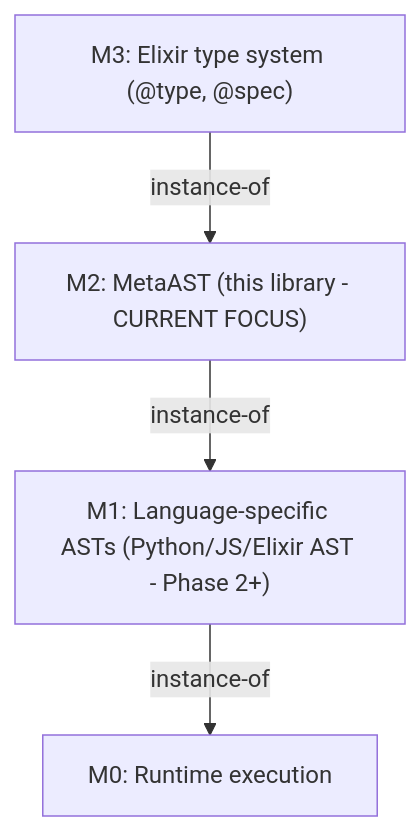
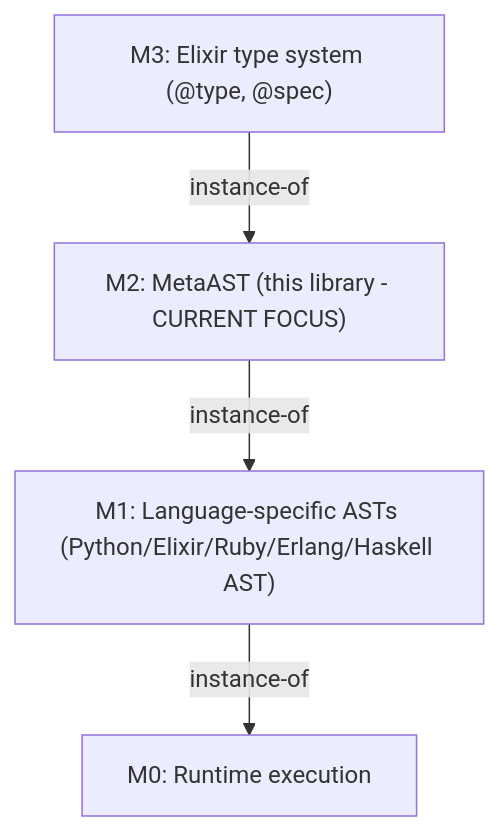
One commit to Oeditus/metastatic changed the diagram in WARP.md. Above: the diagram before and after it, drawn with Mermaid. The commit also changed other lines of this file and 12 other files, not shown here.

````diff
--- a/WARP.md
+++ b/WARP.md
@@ -64,11 +69,11 @@
 ```mermaid
 flowchart TD
     M3["M3: Elixir type system (@type, @spec)"]
     M2["M2: MetaAST (this library - CURRENT FOCUS)"]
-    M1["M1: Language-specific ASTs (Python/JS/Elixir AST - Phase 2+)"]
+    M1["M1: Language-specific ASTs (Python/Elixir/Ruby/Erlang/Haskell AST)"]
     M0["M0: Runtime execution"]
     
     M3 -->|instance-of| M2
     M2 -->|instance-of| M1
     M1 -->|instance-of| M0
 ```
````
